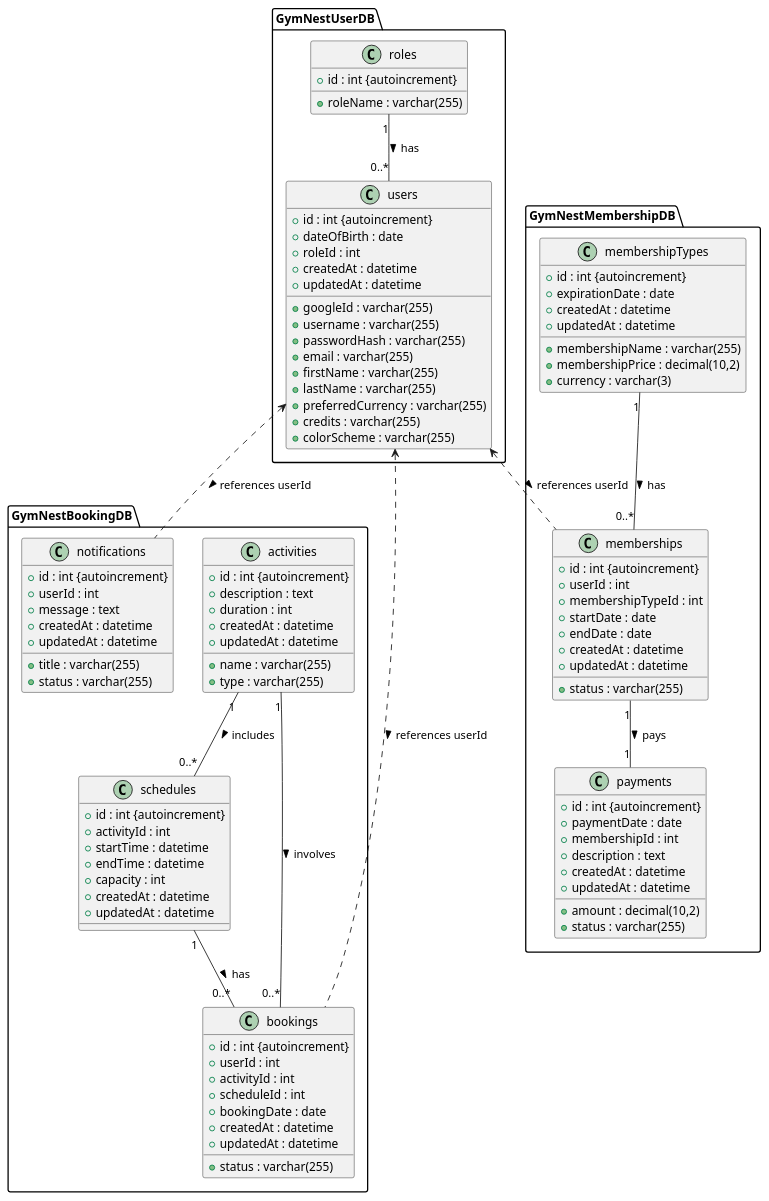
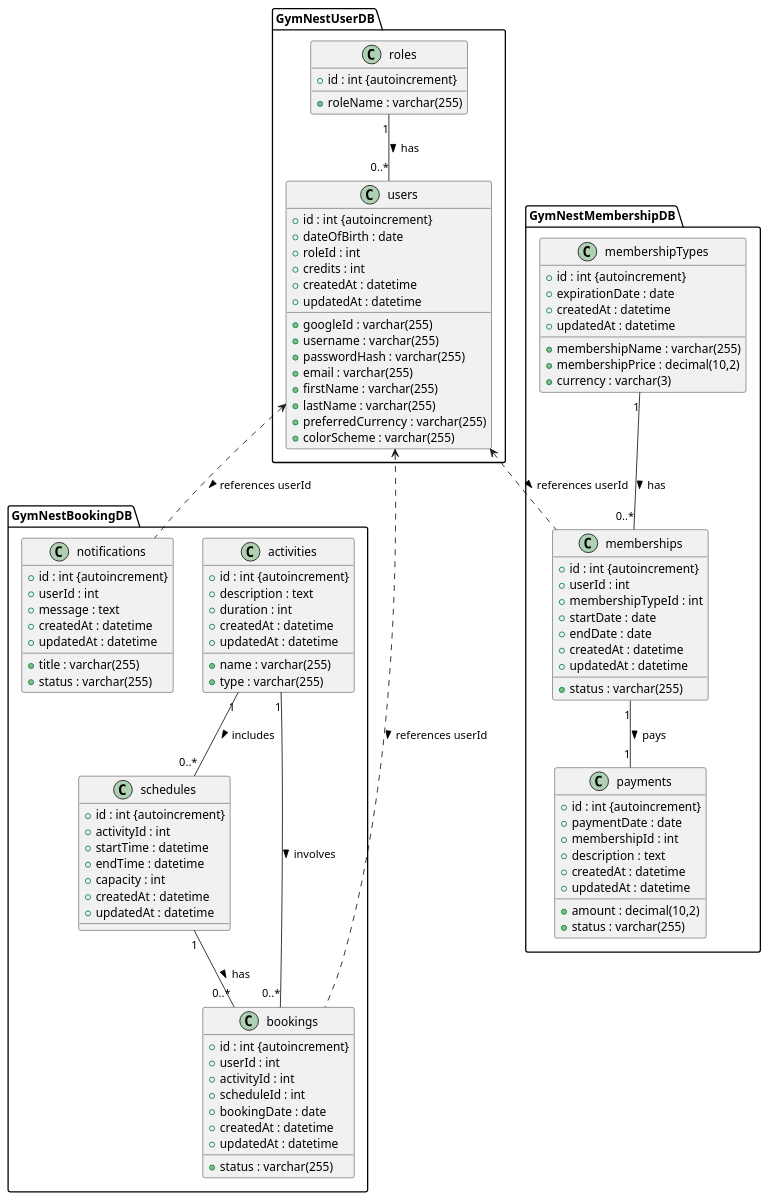
The diagram in Výstupy projektu/UML/classDiagram.md (sakJH/GymNest), drawn with PlantUML before and after one commit. The commit also changed 6 other files, not shown here.

```diff
--- a/Výstupy projektu/UML/classDiagram.md
+++ b/Výstupy projektu/UML/classDiagram.md
@@ -20,7 +20,7 @@
       + dateOfBirth : date
       + roleId : int
       + preferredCurrency : varchar(255)
-      + credits : varchar(255)
+      + credits : int
       + colorScheme : varchar(255)
       + createdAt : datetime
       + updatedAt : datetime
```
